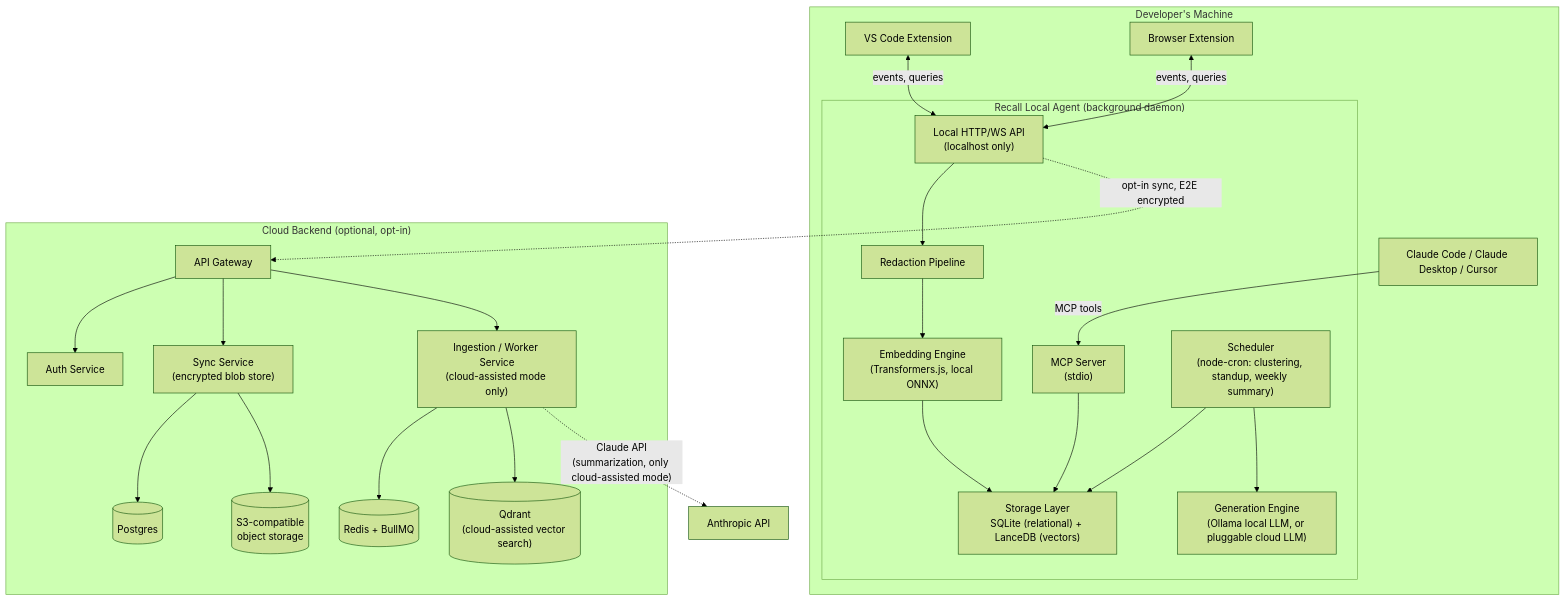
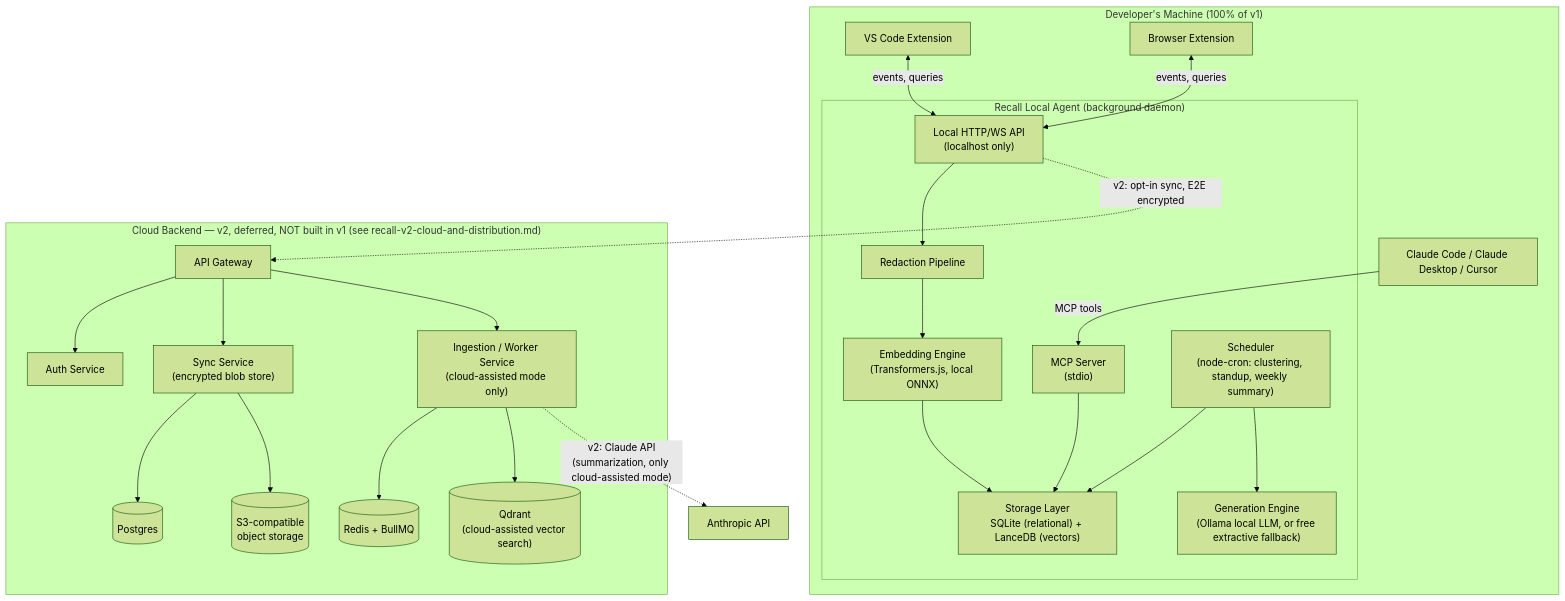
The diagram in docs/recall-prd-and-architecture.md (anubhab-m02/recall), drawn with Mermaid (forest theme) before and after one commit. The commit also changed other lines of this file and 1 other file, not shown here.

Commit message:
Rescope v1 to be entirely free: defer cloud backend, cloud-assisted search, and Chrome Web Store to a v2 doc

````diff
--- a/docs/recall-prd-and-architecture.md
+++ b/docs/recall-prd-and-architecture.md
@@ -180,43 +186,43 @@
 ```mermaid
 flowchart TB
-    subgraph Dev["Developer's Machine"]
+    subgraph Dev["Developer's Machine (100% of v1)"]
         VSC["VS Code Extension"]
         BRW["Browser Extension"]
         subgraph Agent["Recall Local Agent (background daemon)"]
             API["Local HTTP/WS API\n(localhost only)"]
             MCP["MCP Server\n(stdio)"]
             EMB["Embedding Engine\n(Transformers.js, local ONNX)"]
-            GEN["Generation Engine\n(Ollama local LLM, or pluggable cloud LLM)"]
+            GEN["Generation Engine\n(Ollama local LLM, or free extractive fallback)"]
             RED["Redaction Pipeline"]
             STORE["Storage Layer\nSQLite (relational) + LanceDB (vectors)"]
             JOBS["Scheduler\n(node-cron: clustering, standup, weekly summary)"]
         end
         VSC <-- "events, queries" --> API
         BRW <-- "events, queries" --> API
         API --> RED --> EMB --> STORE
         JOBS --> STORE
         JOBS --> GEN
         MCP --> STORE
         ClaudeCode["Claude Code / Claude Desktop / Cursor"] -- "MCP tools" --> MCP
     end
 
-    subgraph Cloud["Cloud Backend (optional, opt-in)"]
+    subgraph Cloud["Cloud Backend — v2, deferred, NOT built in v1 (see recall-v2-cloud-and-distribution.md)"]
         GW["API Gateway"]
         AUTH["Auth Service"]
         SYNC["Sync Service\n(encrypted blob store)"]
         ING["Ingestion / Worker Service\n(cloud-assisted mode only)"]
         PG[("Postgres")]
         OBJ[("S3-compatible\nobject storage")]
         QD[("Qdrant\n(cloud-assisted vector search)")]
         RD[("Redis + BullMQ")]
     end
 
-    API -. "opt-in sync, E2E encrypted" .-> GW
+    API -. "v2: opt-in sync, E2E encrypted" .-> GW
     GW --> AUTH
     GW --> SYNC --> PG
     SYNC --> OBJ
     GW --> ING
     ING --> RD
     ING --> QD
-    ING -. "Claude API\n(summarization, only cloud-assisted mode)" .-> LLMAPI["Anthropic API"]
+    ING -. "v2: Claude API\n(summarization, only cloud-assisted mode)" .-> LLMAPI["Anthropic API"]
 ```
````
